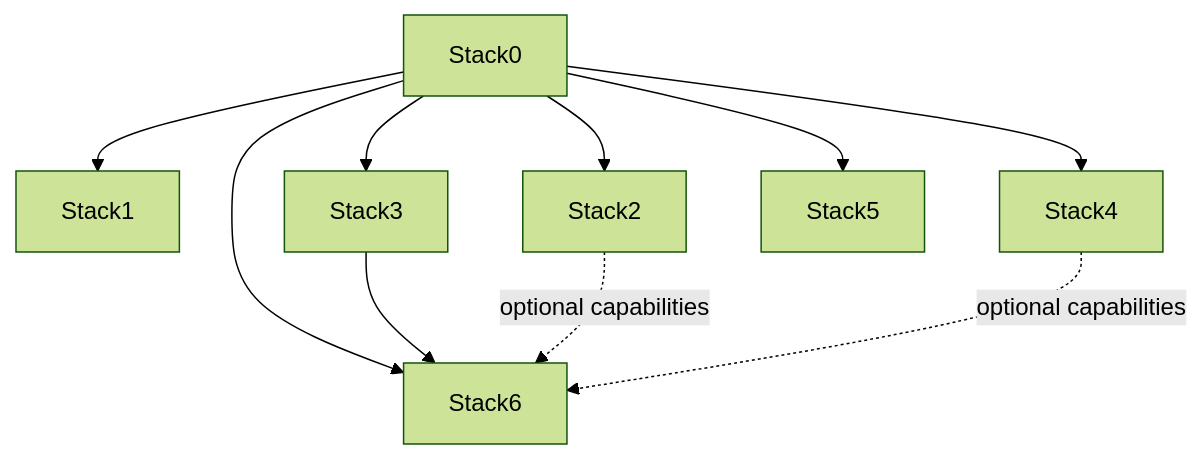
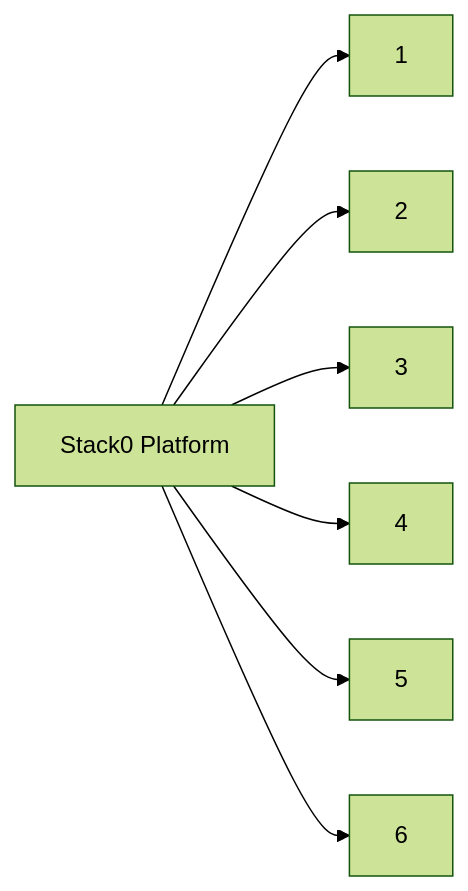
One commit to ea1het/local_hybrid_ai changed the diagram in stack0_-_platform/README.md. Above: the diagram before and after it, drawn with Mermaid (forest theme). The commit also changed other lines of this file and 46 other files, not shown here.

````diff
--- a/stack0_-_platform/README.md
+++ b/stack0_-_platform/README.md
@@ -92,12 +7,9 @@
 ```mermaid
-flowchart TB
-    S0[Stack0] --> S1[Stack1]
-    S0 --> S2[Stack2]
-    S0 --> S3[Stack3]
-    S0 --> S4[Stack4]
-    S0 --> S5[Stack5]
-    S0 --> S6[Stack6]
-    S3 --> S6
-    S2 -.->|optional capabilities| S6
-    S4 -.->|optional capabilities| S6
+flowchart LR
+  S0[Stack0 Platform] --> S1[1]
+  S0 --> S2[2]
+  S0 --> S3[3]
+  S0 --> S4[4]
+  S0 --> S5[5]
+  S0 --> S6[6]
 ```
````
